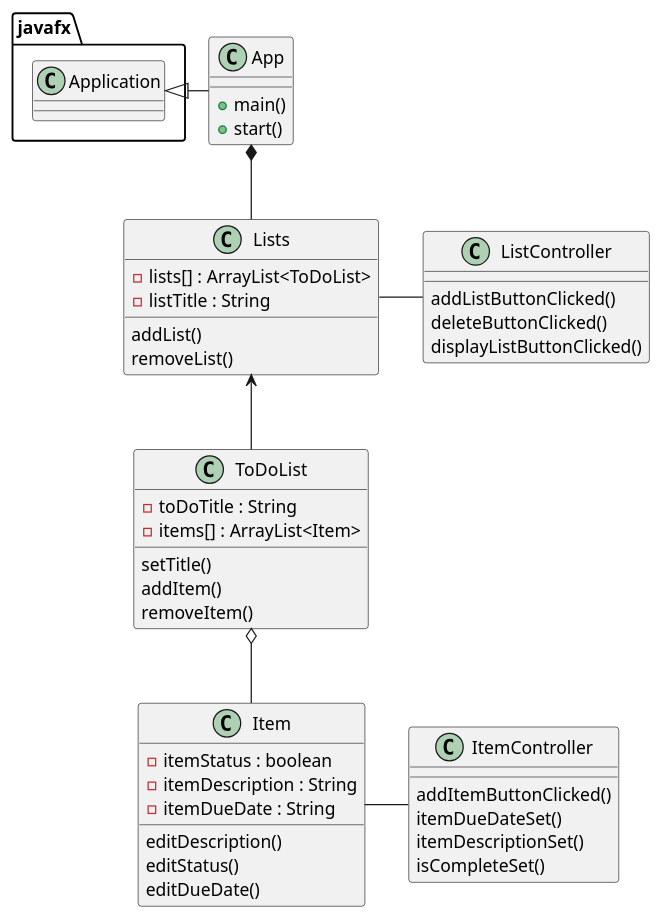
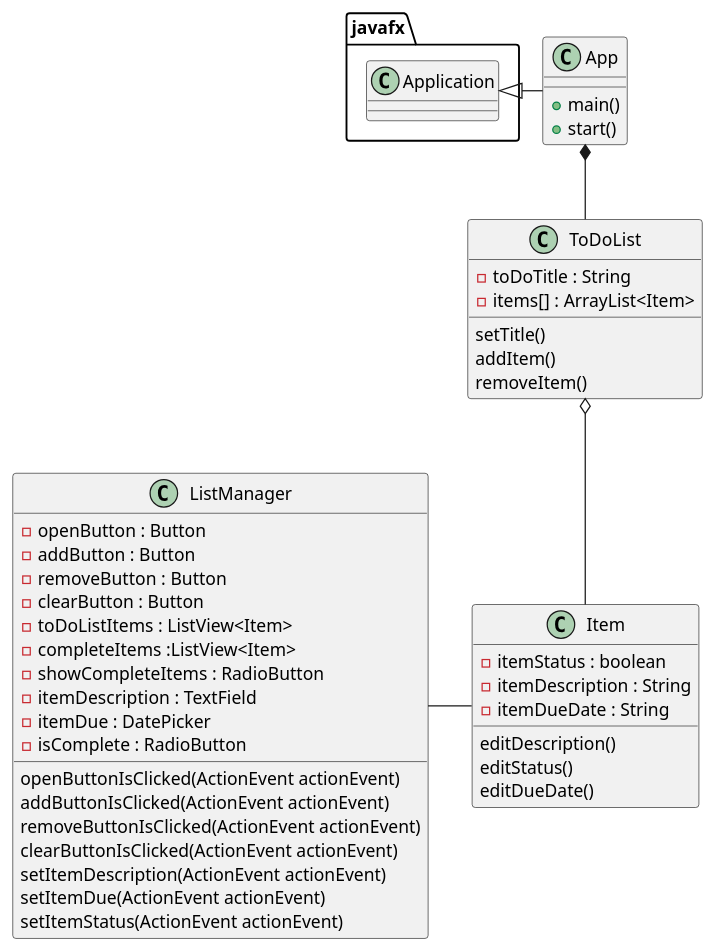
Before and after one commit to nick-vigg/Viggiani-COP3330-assignment4part2: the diagram in PUML/Assignment4.puml, drawn with PlantUML. The commit also changed 3 other files, not shown here.

```diff
--- a/PUML/Assignment4.puml
+++ b/PUML/Assignment4.puml
@@ -1,55 +1,56 @@
 @startuml
 'https://plantuml.com/class-diagram
 
 
 
 class App {
 + main()
 + start()
-}
-
-class Lists{
--lists[] : ArrayList<ToDoList>
--listTitle : String
-addList()
-removeList()
 }
 
 class ToDoList {
 - toDoTitle : String
 - items[] : ArrayList<Item>
 setTitle()
 addItem()
 removeItem()
 }
 
 class Item {
 - itemStatus : boolean
 - itemDescription : String
 - itemDueDate : String
 
 editDescription()
 editStatus()
 editDueDate()
 }
 
-class ItemController{
-addItemButtonClicked()
-itemDueDateSet()
-itemDescriptionSet()
-isCompleteSet()
-}
-class ListController{
-addListButtonClicked()
-deleteButtonClicked()
-displayListButtonClicked()
+class ListManager {
+- openButton : Button
+- addButton : Button
+- removeButton : Button
+- clearButton : Button
+- toDoListItems : ListView<Item>
+- completeItems :ListView<Item>
+- showCompleteItems : RadioButton
+- itemDescription : TextField
+- itemDue : DatePicker
+- isComplete : RadioButton
+
+openButtonIsClicked(ActionEvent actionEvent)
+addButtonIsClicked(ActionEvent actionEvent)
+removeButtonIsClicked(ActionEvent actionEvent)
+clearButtonIsClicked(ActionEvent actionEvent)
+setItemDescription(ActionEvent actionEvent)
+setItemDue(ActionEvent actionEvent)
+setItemStatus(ActionEvent actionEvent)
 }
 
 javafx.Application <|- App
-App *-- Lists
-Lists <-- ToDoList
+App *-- ToDoList
 ToDoList o-- Item
-Item - ItemController
-Lists - ListController
+ListManager - Item
+
 
 @enduml
```
